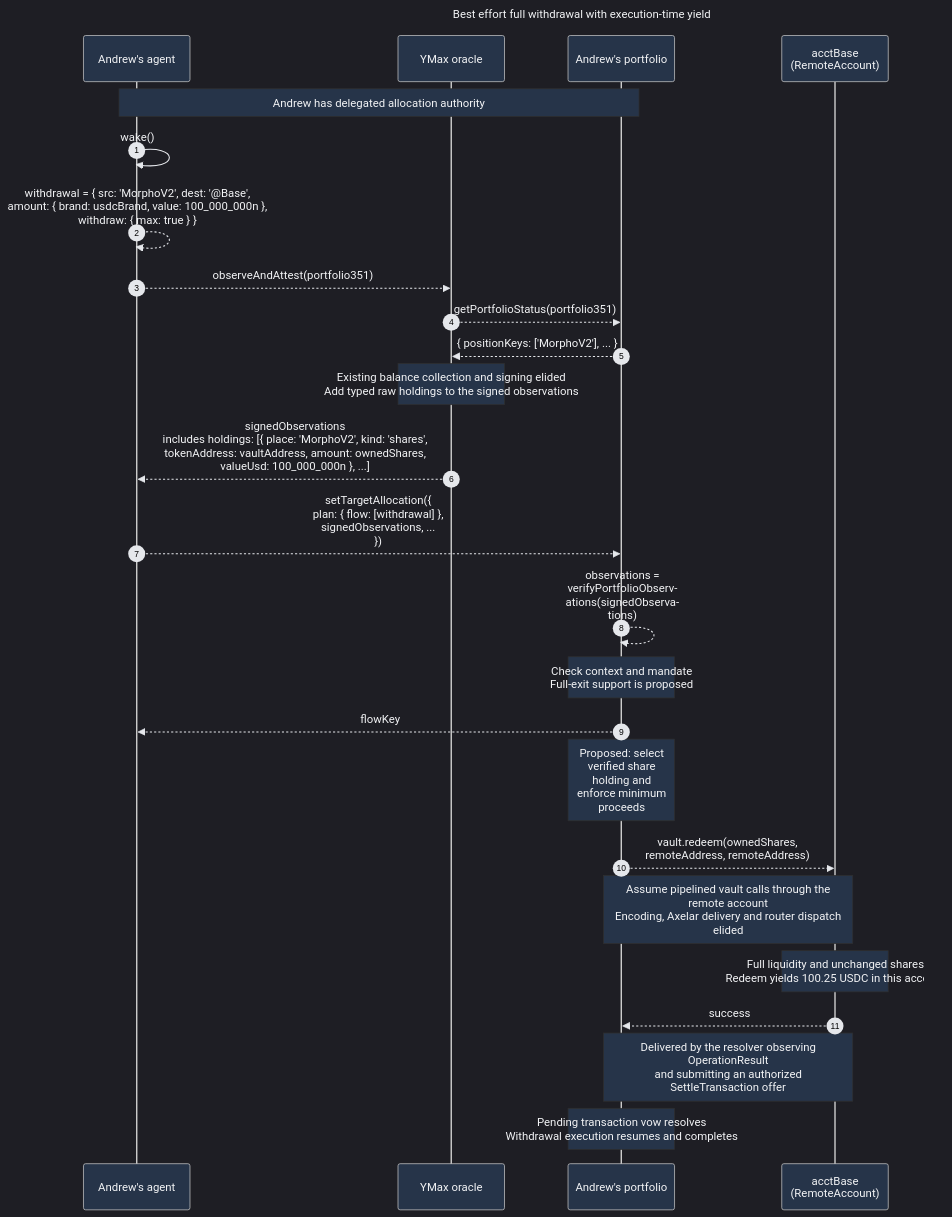
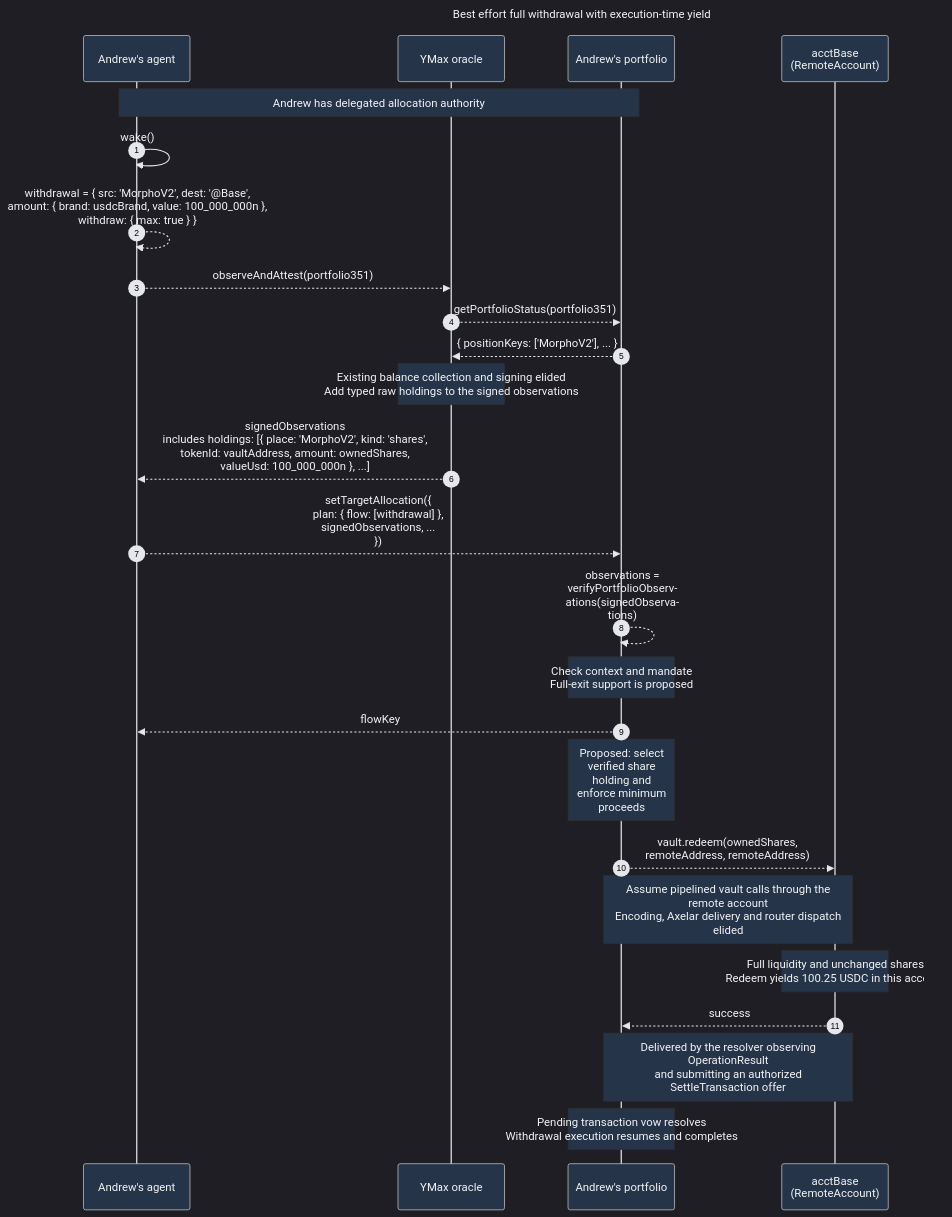
One commit to Agoric/agoric-sdk changed the diagram in packages/portfolio-contract/docs-design/exit-position-completely.md. Above: the diagram before and after it, drawn with Mermaid. The commit also changed 10 other files, not shown here.

First line of the commit message:
feat(portfolio-api): identify holdings by chain-local token IDs

````diff
--- a/packages/portfolio-contract/docs-design/exit-position-completely.md
+++ b/packages/portfolio-contract/docs-design/exit-position-completely.md
@@ -14,33 +14,33 @@
 ```mermaid
 %%{init: {'theme': 'dark', 'themeVariables': {'textColor': '#f3f4f6', 'actorBkg': '#263449', 'actorTextColor': '#f3f4f6', 'signalColor': '#e5e7eb', 'signalTextColor': '#f3f4f6', 'noteBkgColor': '#263449', 'noteTextColor': '#f3f4f6', 'labelTextColor': '#f3f4f6'}, 'sequence': {'wrap': true}}}%%
 sequenceDiagram
   autonumber
   title Best effort full withdrawal with execution-time yield
   %% ->> initiates the scenario, -->> marks consequences including calls and replies.
   %% P groups delegation, portfolio execution and contract-side resolver facets.
   %% The account call abstracts GMP/router delivery; success abstracts resolver delivery.
   participant A as Andrew's agent
   participant O as YMax oracle
   participant P as Andrew's portfolio
   participant E as acctBase<br/>(RemoteAccount)
 
   Note over A,P: Andrew has delegated allocation authority
   A->>A: wake()
   A-->>A: withdrawal = { src: 'MorphoV2', dest: '@Base',<br/>amount: { brand: usdcBrand, value: 100_000_000n },<br/>withdraw: { max: true } }
   A-->>O: observeAndAttest(portfolio351)
   O-->>P: getPortfolioStatus(portfolio351)
   P-->>O: { positionKeys: ['MorphoV2'], ... }
   Note over O: Existing balance collection and signing elided<br/>Add typed raw holdings to the signed observations
-  O-->>A: signedObservations<br/>includes holdings: [{ place: 'MorphoV2', kind: 'shares',<br/>tokenAddress: vaultAddress, amount: ownedShares,<br/>valueUsd: 100_000_000n }, ...]
+  O-->>A: signedObservations<br/>includes holdings: [{ place: 'MorphoV2', kind: 'shares',<br/>tokenId: vaultAddress, amount: ownedShares,<br/>valueUsd: 100_000_000n }, ...]
   A-->>P: setTargetAllocation({<br/>plan: { flow: [withdrawal] },<br/>signedObservations, ...<br/>})
   P-->>P: observations = verifyPortfolioObservations(signedObservations)
   Note over P: Check context and mandate<br/>Full-exit support is proposed
   P-->>A: flowKey
   Note over P: Proposed: select verified share holding and enforce minimum proceeds
   P-->>E: vault.redeem(ownedShares,<br/>remoteAddress, remoteAddress)
   Note over P,E: Assume pipelined vault calls through the remote account<br/>Encoding, Axelar delivery and router dispatch elided
   Note over E: Full liquidity and unchanged shares<br/>Redeem yields 100.25 USDC in this account
   E-->>P: success
   Note over P,E: Delivered by the resolver observing OperationResult<br/>and submitting an authorized SettleTransaction offer
   Note over P: Pending transaction vow resolves<br/>Withdrawal execution resumes and completes
 ```
````
